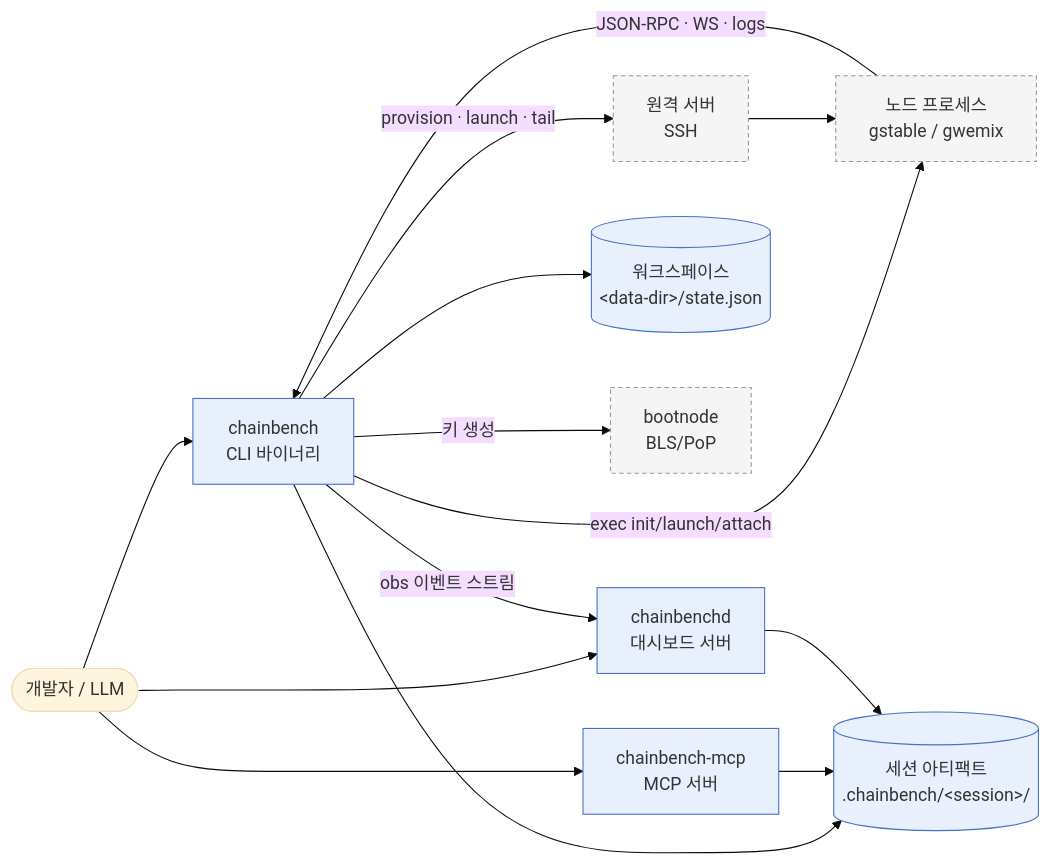
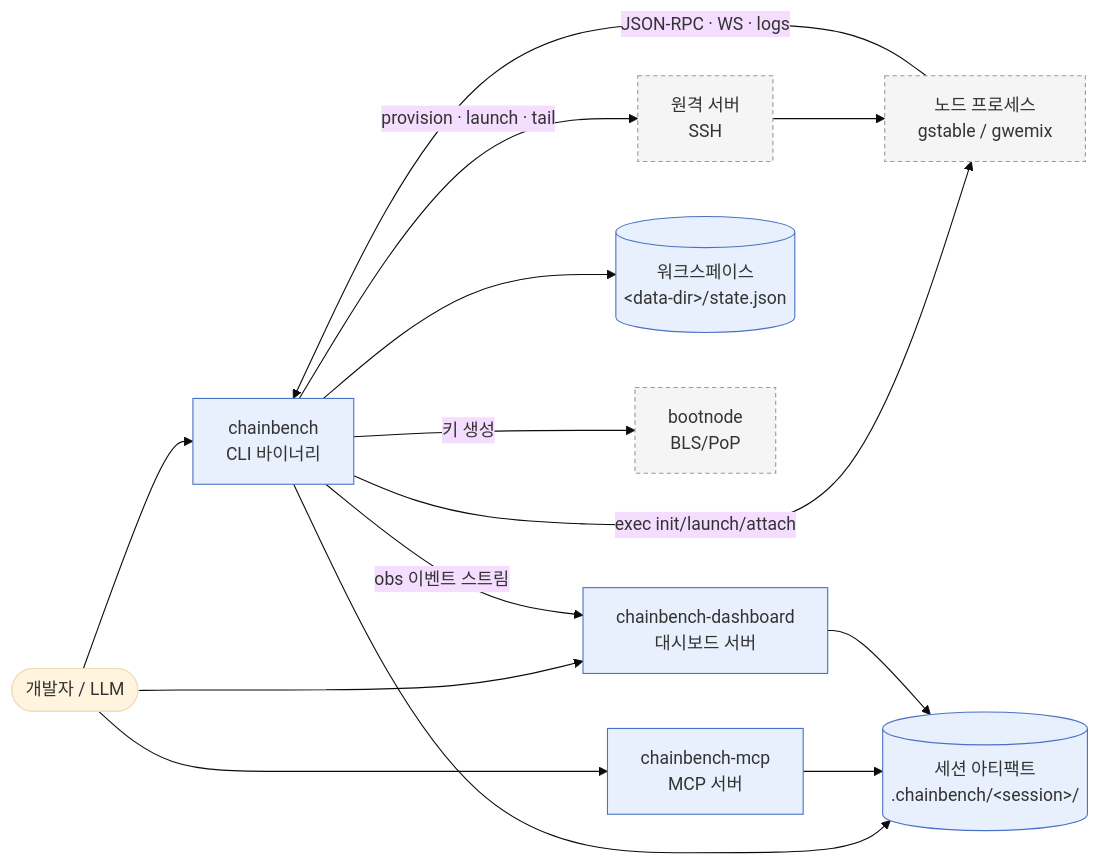
The second of 5 diagrams in docs/dev/architecture/component-diagram.md (0xmhha/chainbench), drawn with Mermaid (base theme) before and after one commit. The commit also changed other lines of this file and 18 other files, not shown here.

First line of the commit message:
refactor: rename chainbenchd to chainbench-dashboard (#258)

````diff
--- a/docs/dev/architecture/component-diagram.md
+++ b/docs/dev/architecture/component-diagram.md
@@ -101,30 +101,30 @@
 ```mermaid
 graph LR
   classDef c fill:#e8f0fe,stroke:#4a72c4
   classDef e fill:#f5f5f5,stroke:#999,stroke-dasharray:4 3
 
   U(["개발자 / LLM"])
   CLIC["chainbench<br/>CLI 바이너리"]:::c
   MCPC["chainbench-mcp<br/>MCP 서버"]:::c
-  DC["chainbenchd<br/>대시보드 서버"]:::c
+  DC["chainbench-dashboard<br/>대시보드 서버"]:::c
   FS[("세션 아티팩트<br/>.chainbench/&lt;session&gt;/")]:::c
   WS[("워크스페이스<br/>&lt;data-dir&gt;/state.json")]:::c
 
   NODE["노드 프로세스<br/>gstable / gwemix"]:::e
   BOOT["bootnode<br/>BLS/PoP"]:::e
   HOST["원격 서버<br/>SSH"]:::e
 
   U --> CLIC
   U --> MCPC
   U --> DC
   CLIC --> FS
   MCPC --> FS
   CLIC --> WS
   DC --> FS
   CLIC -->|exec init/launch/attach| NODE
   CLIC -->|키 생성| BOOT
   CLIC -->|provision · launch · tail| HOST
   HOST --> NODE
   NODE -->|JSON-RPC · WS · logs| CLIC
   CLIC -->|obs 이벤트 스트림| DC
 ```
````
